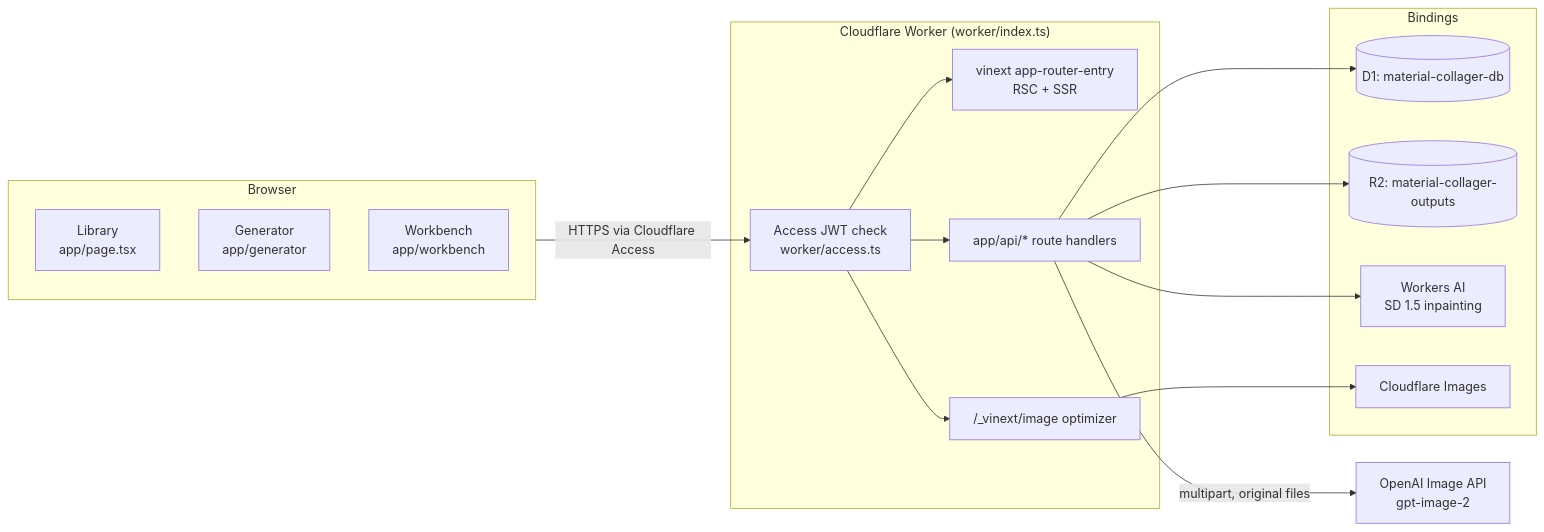
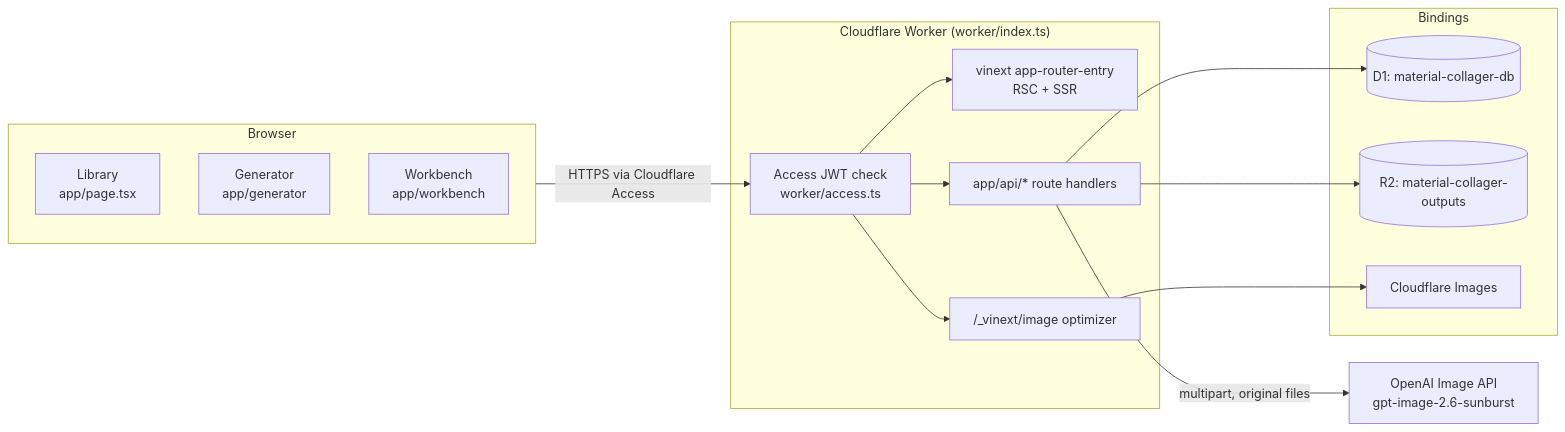
The first of 3 diagrams in docs/architecture.md (mlux-ops/Material-Collager-Website), drawn with Mermaid before and after one commit. The commit also changed other lines of this file and 75 other files, not shown here.

First line of the commit message:
feat: run every image on gpt-image-2.6-sunburst; drop Economy and non-OpenAI engines

````diff
--- a/docs/architecture.md
+++ b/docs/architecture.md
@@ -9,33 +9,31 @@
 ```mermaid
 flowchart LR
     subgraph Browser
         L[Library<br/>app/page.tsx]
         G[Generator<br/>app/generator]
         W[Workbench<br/>app/workbench]
     end
 
     subgraph Worker["Cloudflare Worker (worker/index.ts)"]
         ACC[Access JWT check<br/>worker/access.ts]
         RSC[vinext app-router-entry<br/>RSC + SSR]
         IMG["/_vinext/image optimizer"]
         API[app/api/* route handlers]
     end
 
     subgraph Bindings
         D1[(D1: material-collager-db)]
         R2[(R2: material-collager-outputs)]
-        AI[Workers AI<br/>SD 1.5 inpainting]
         CFIMG[Cloudflare Images]
     end
 
-    OPENAI[OpenAI Image API<br/>gpt-image-2]
+    OPENAI[OpenAI Image API<br/>gpt-image-2.6-sunburst]
 
     Browser -->|HTTPS via Cloudflare Access| ACC --> RSC
     ACC --> API
     ACC --> IMG
     API --> D1
     API --> R2
-    API --> AI
     IMG --> CFIMG
     API -->|multipart, original files| OPENAI
 ```
````
